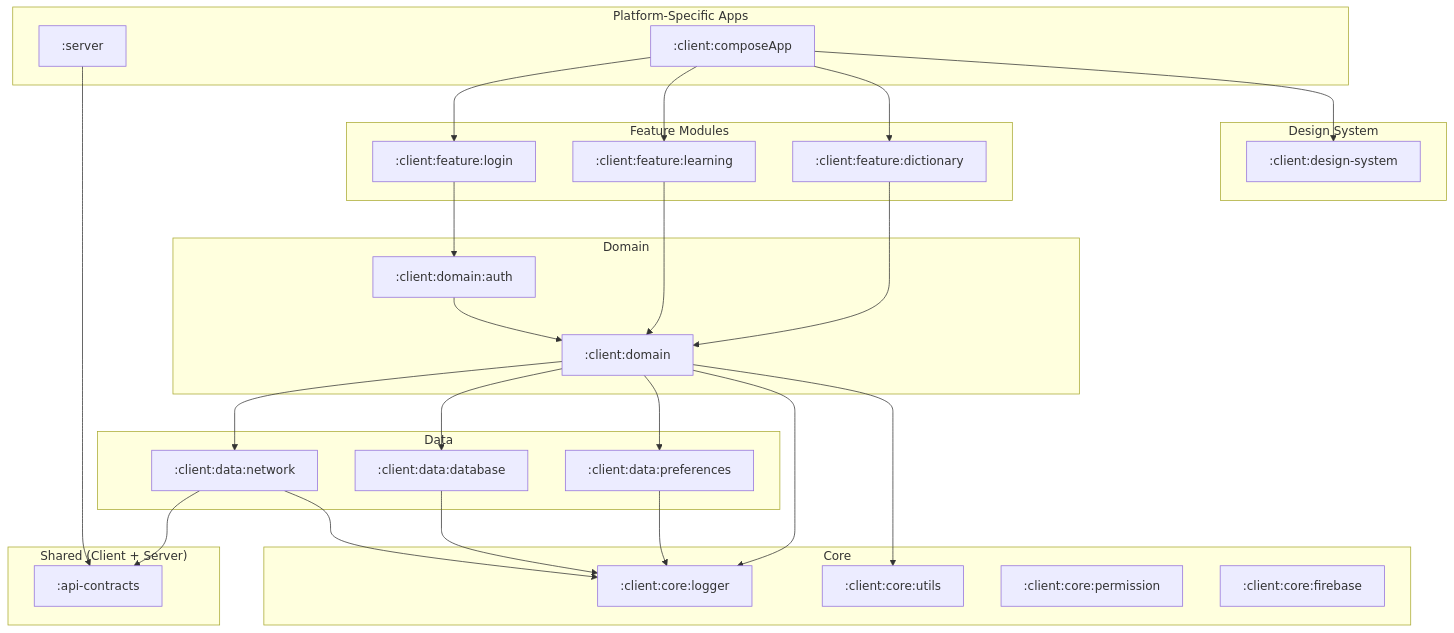
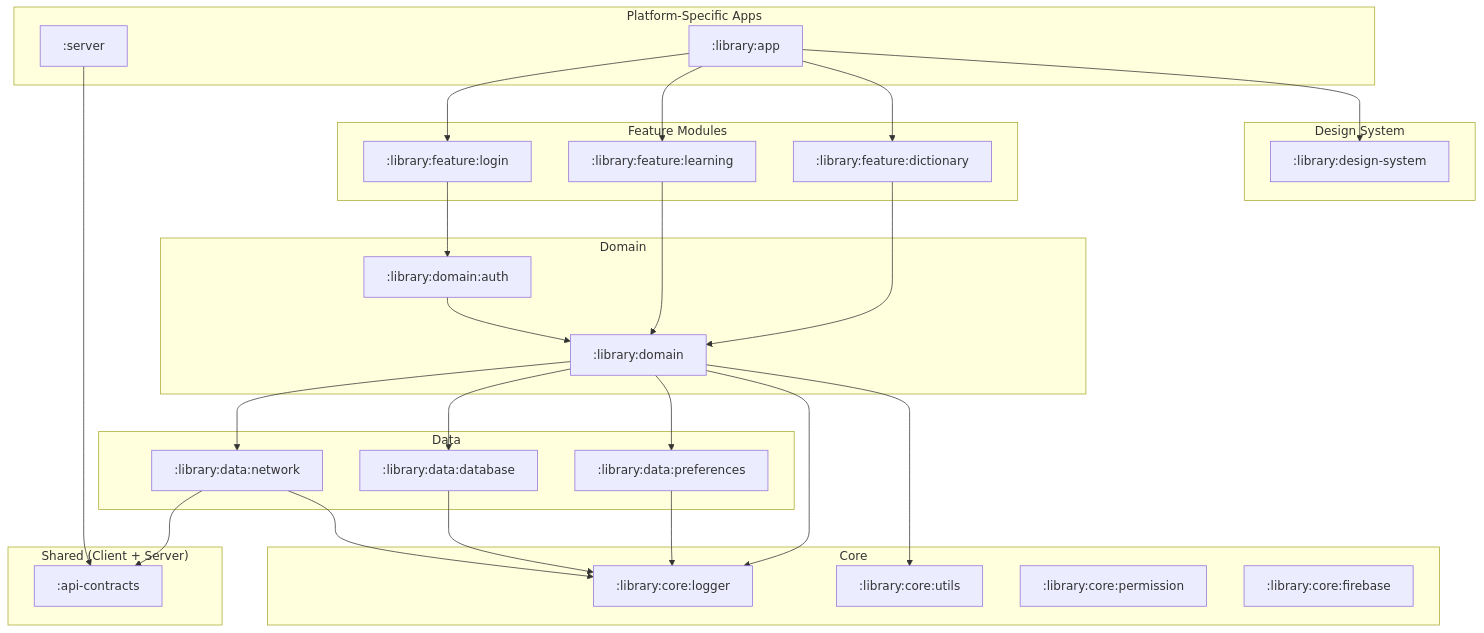
One commit to GautierLouis/Luko changed the diagram in README.md. Above: the diagram before and after it, drawn with Mermaid. The commit also changed other lines of this file and 78 other files, not shown here.

Commit message:
-New Home feature module - Refactor AppConfig - Refactor Navigation

````diff
--- a/README.md
+++ b/README.md
@@ -18,63 +18,63 @@
 ```mermaid
 flowchart TD
     subgraph "Platform-Specific Apps"
         S[":server"]
-        APP[":client:composeApp"]
+        APP[":library:app"]
     end
 
     subgraph "Feature Modules"
-        FL[":client:feature:login"]
-        FLR[":client:feature:learning"]
-        FD[":client:feature:dictionary"]
+        FL[":library:feature:login"]
+        FLR[":library:feature:learning"]
+        FD[":library:feature:dictionary"]
     end
 
     subgraph "Domain"
-        D[":client:domain"]
-        DA[":client:domain:auth"]
+        D[":library:domain"]
+        DA[":library:domain:auth"]
     end
 
     subgraph "Data"
-        N[":client:data:network"]
-        DB[":client:data:database"]
-        PR[":client:data:preferences"]
+        N[":library:data:network"]
+        DB[":library:data:database"]
+        PR[":library:data:preferences"]
     end
 
     subgraph "Core"
-        LOG[":client:core:logger"]
-        UT[":client:core:utils"]
-        PRM[":client:core:permission"]
-        FB[":client:core:firebase"]
+        LOG[":library:core:logger"]
+        UT[":library:core:utils"]
+        PRM[":library:core:permission"]
+        FB[":library:core:firebase"]
     end
 
     subgraph "Design System"
-        DS[":client:design-system"]
+        DS[":library:design-system"]
     end
 
     subgraph "Shared (Client + Server)"
         AC[":api-contracts"]
     end
 
     APP --> FL
     APP --> FLR
     APP --> FD
     APP --> DS
 
     FL --> DA
     FLR --> D
     FD --> D
 
     DA --> D
     D --> N
     D --> DB
     D --> PR
 
     N --> AC
     N --> LOG
     DB --> LOG
     PR --> LOG
 
     D --> LOG
     D --> UT
 
     S --> AC
 ```
````
